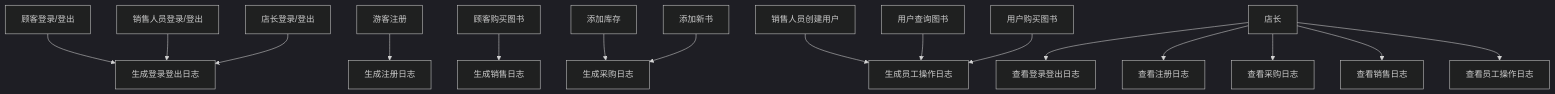
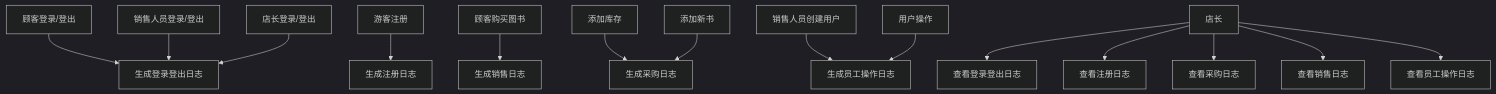
Before and after one commit to yuki-cjm/Bookstore-2025: the fourth of 8 diagrams in 需求分析文档.md, drawn with Mermaid (dark theme). The commit also changed other lines of this file, not shown here.

````diff
--- a/需求分析文档.md
+++ b/需求分析文档.md
@@ -139,33 +143,32 @@
 ```mermaid
 graph TD
     A1[顾客登录/登出]-->D1
     B1[销售人员登录/登出]-->D1
     C1[店长登录/登出]-->D1
     D1[生成登录登出日志]
 
     A2[游客注册]-->D2
     D2[生成注册日志]
 
     A3[顾客购买图书]-->D3
     D3[生成销售日志]
 
     B4[添加库存]-->D4
     C4[添加新书]-->D4
     D4[生成采购日志]
 
     A6[销售人员创建用户]-->D6
-    B6[用户查询图书]-->D6
-    C6[用户购买图书]-->D6
+    B6[用户操作]-->D6
     D6[生成员工操作日志]
 
     A5[店长]-->B5
     A5-->C5
     A5-->D5
     A5-->E5
     A5-->F5
     B5[查看登录登出日志]
     C5[查看注册日志]
     D5[查看采购日志]
     E5[查看销售日志]
     F5[查看员工操作日志]
 ```
````
